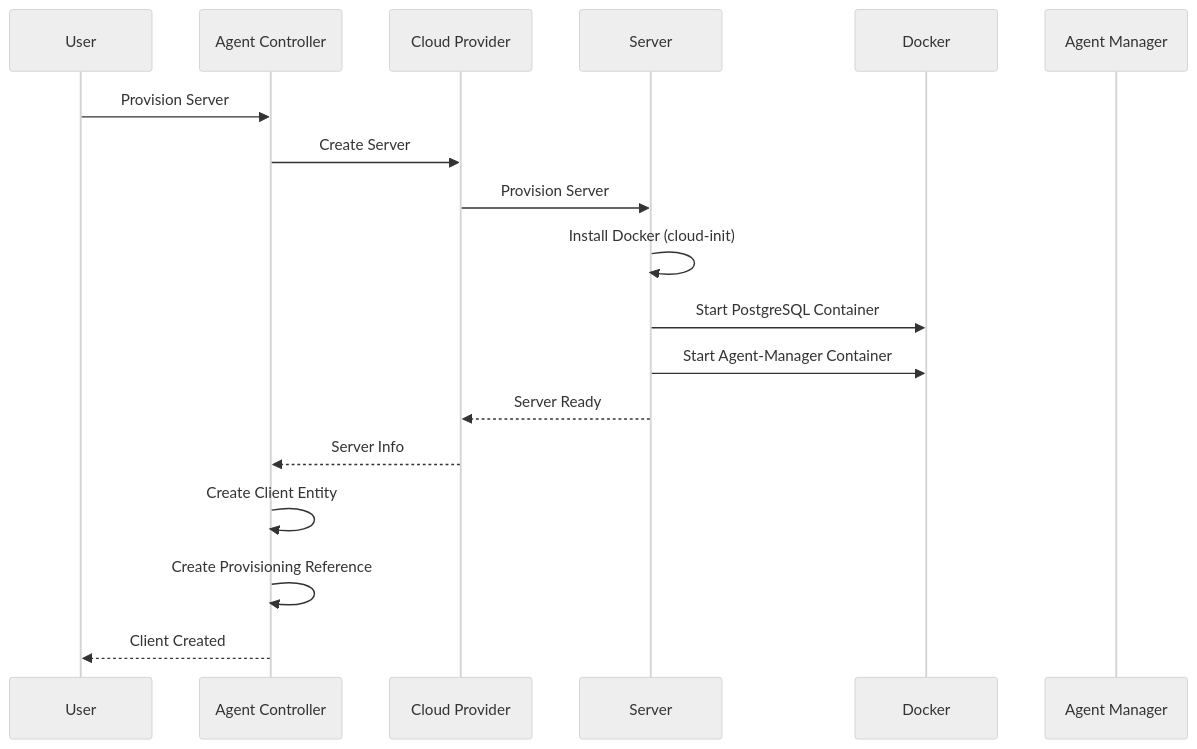
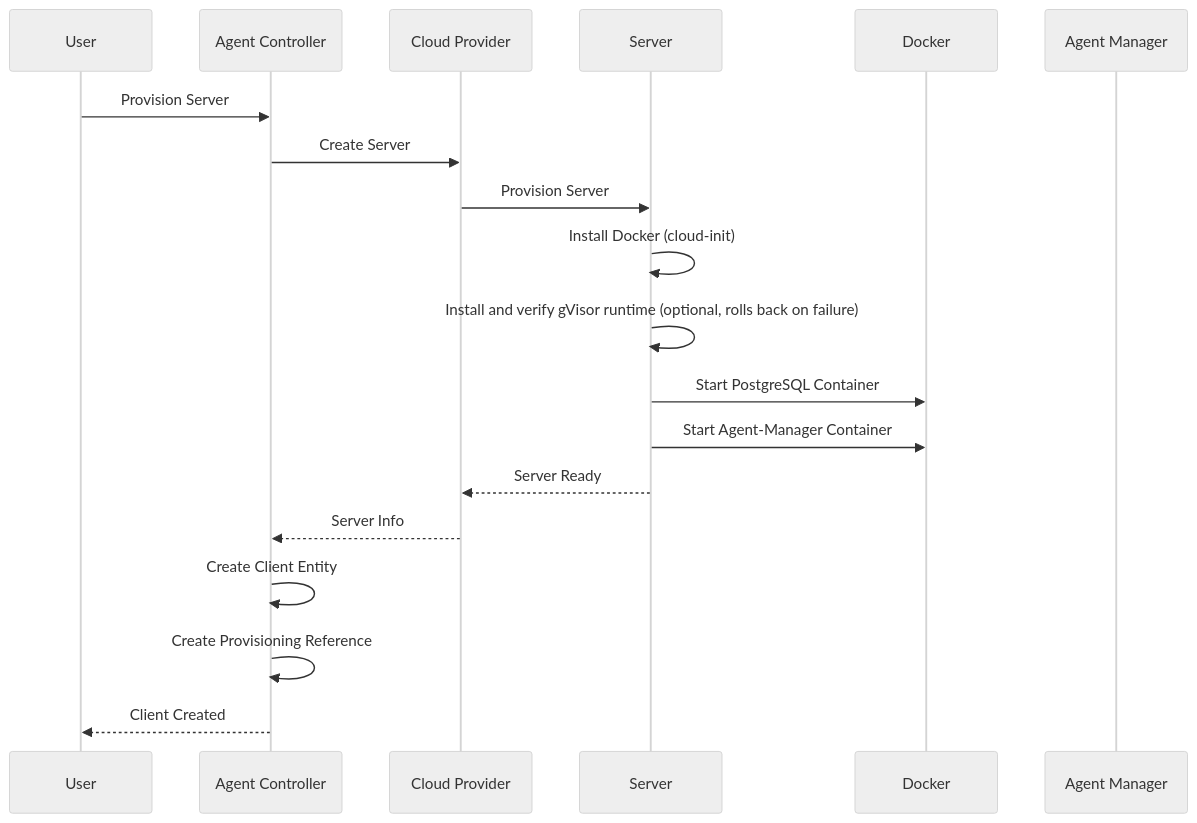
The diagram in docs/agenstra/features/server-provisioning.md (forepath/one), drawn with Mermaid (neutral theme) before and after one commit. The commit also changed other lines of this file and 110 other files, not shown here.

````diff
--- a/docs/agenstra/features/server-provisioning.md
+++ b/docs/agenstra/features/server-provisioning.md
@@ -35,21 +35,22 @@
 ```mermaid
 sequenceDiagram
     participant U as User
     participant AC as Agent Controller
     participant P as Cloud Provider
     participant S as Server
     participant D as Docker
     participant AM as Agent Manager
 
     U->>AC: Provision Server
     AC->>P: Create Server
     P->>S: Provision Server
     S->>S: Install Docker (cloud-init)
+    S->>S: Install and verify gVisor runtime (optional, rolls back on failure)
     S->>D: Start PostgreSQL Container
     S->>D: Start Agent-Manager Container
     S-->>P: Server Ready
     P-->>AC: Server Info
     AC->>AC: Create Client Entity
     AC->>AC: Create Provisioning Reference
     AC-->>U: Client Created
 ```
````
